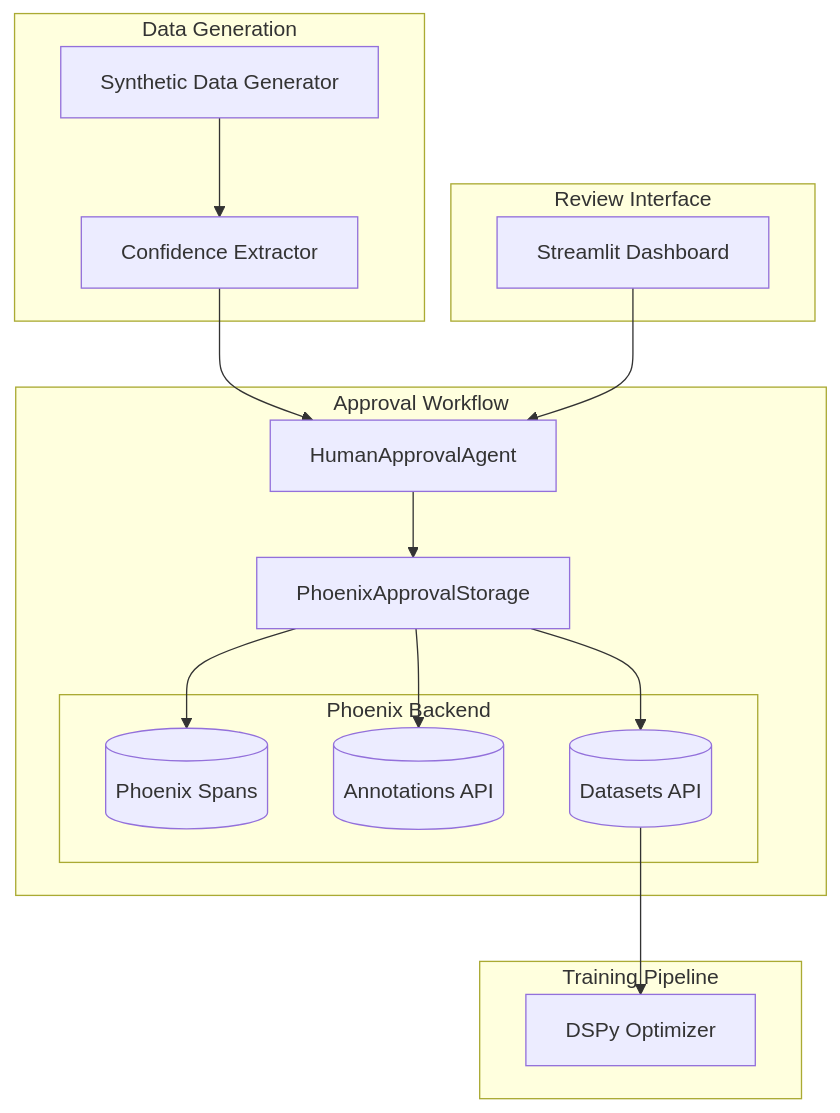
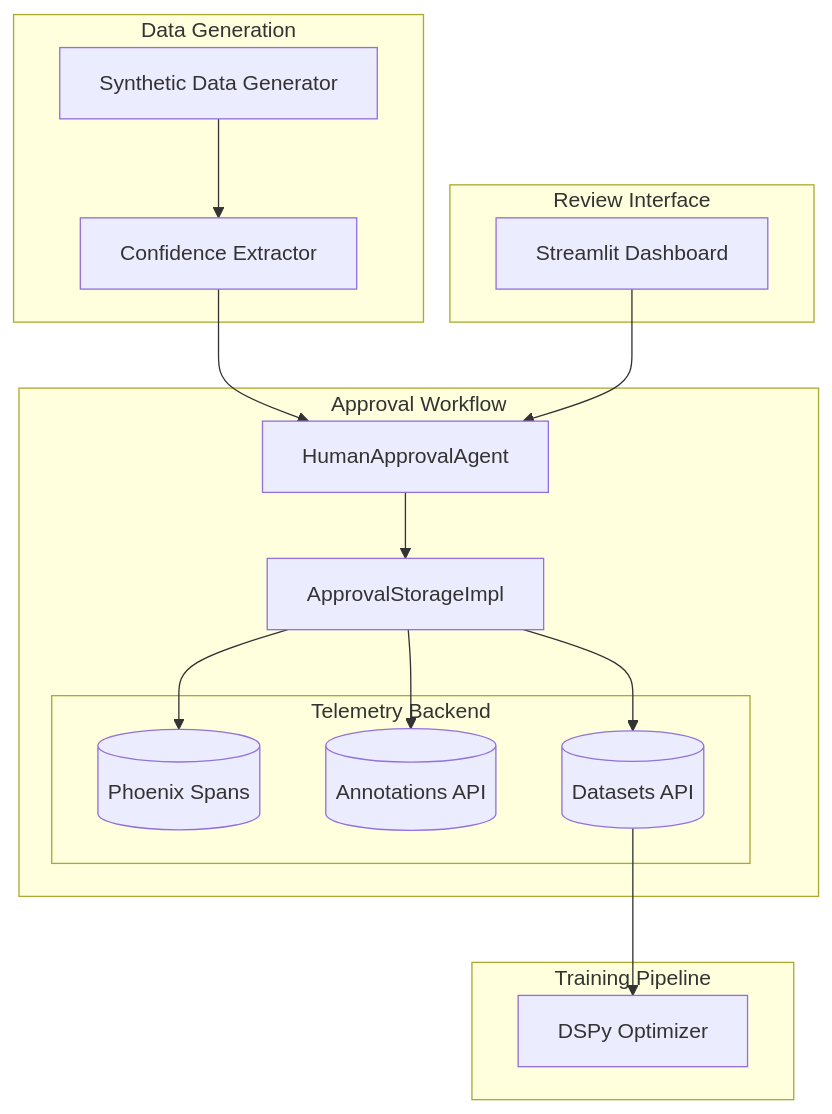
Before and after one commit to amit-jain/cogniverse: the first of 2 diagrams in docs/modules/approval-workflow.md, drawn with Mermaid. The commit also changed other lines of this file and 9 other files, not shown here.

First line of the commit message:
Rename PhoenixApprovalStorage to ApprovalStorageImpl

````diff
--- a/docs/modules/approval-workflow.md
+++ b/docs/modules/approval-workflow.md
@@ -19,36 +19,36 @@
 ```mermaid
 graph TB
     subgraph "Data Generation"
         SyntheticGen[Synthetic Data Generator]
         Extractor[Confidence Extractor]
         SyntheticGen --> Extractor
     end
 
     subgraph "Approval Workflow"
         ApprovalAgent[HumanApprovalAgent]
-        Storage[PhoenixApprovalStorage]
+        Storage[ApprovalStorageImpl]
 
         Extractor --> ApprovalAgent
         ApprovalAgent --> Storage
 
-        subgraph "Phoenix Backend"
+        subgraph "Telemetry Backend"
             Spans[(Phoenix Spans)]
             Annotations[(Annotations API)]
             Datasets[(Datasets API)]
         end
 
         Storage --> Spans
         Storage --> Annotations
         Storage --> Datasets
     end
 
     subgraph "Review Interface"
         Dashboard[Streamlit Dashboard]
         Dashboard --> ApprovalAgent
     end
 
     subgraph "Training Pipeline"
         Optimizer[DSPy Optimizer]
         Datasets --> Optimizer
     end
 ```
````
